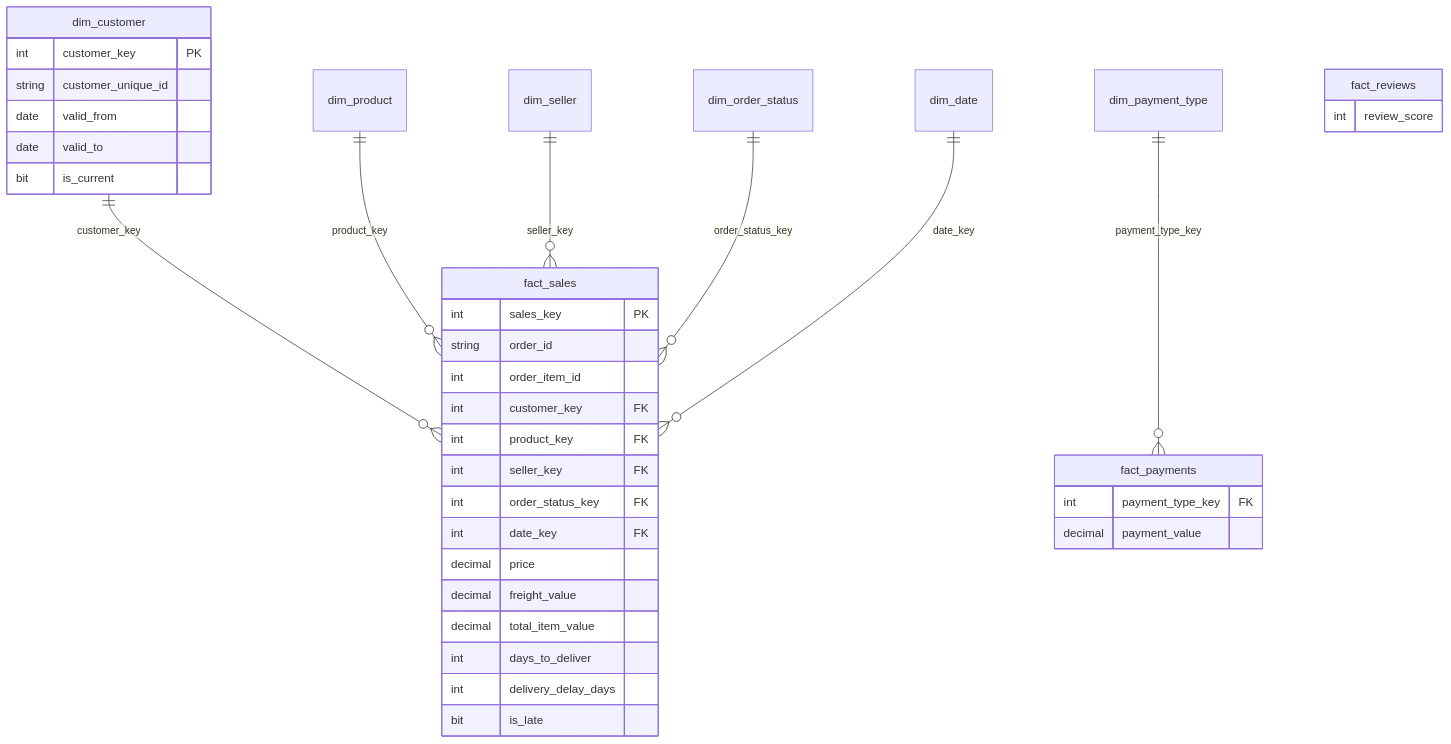
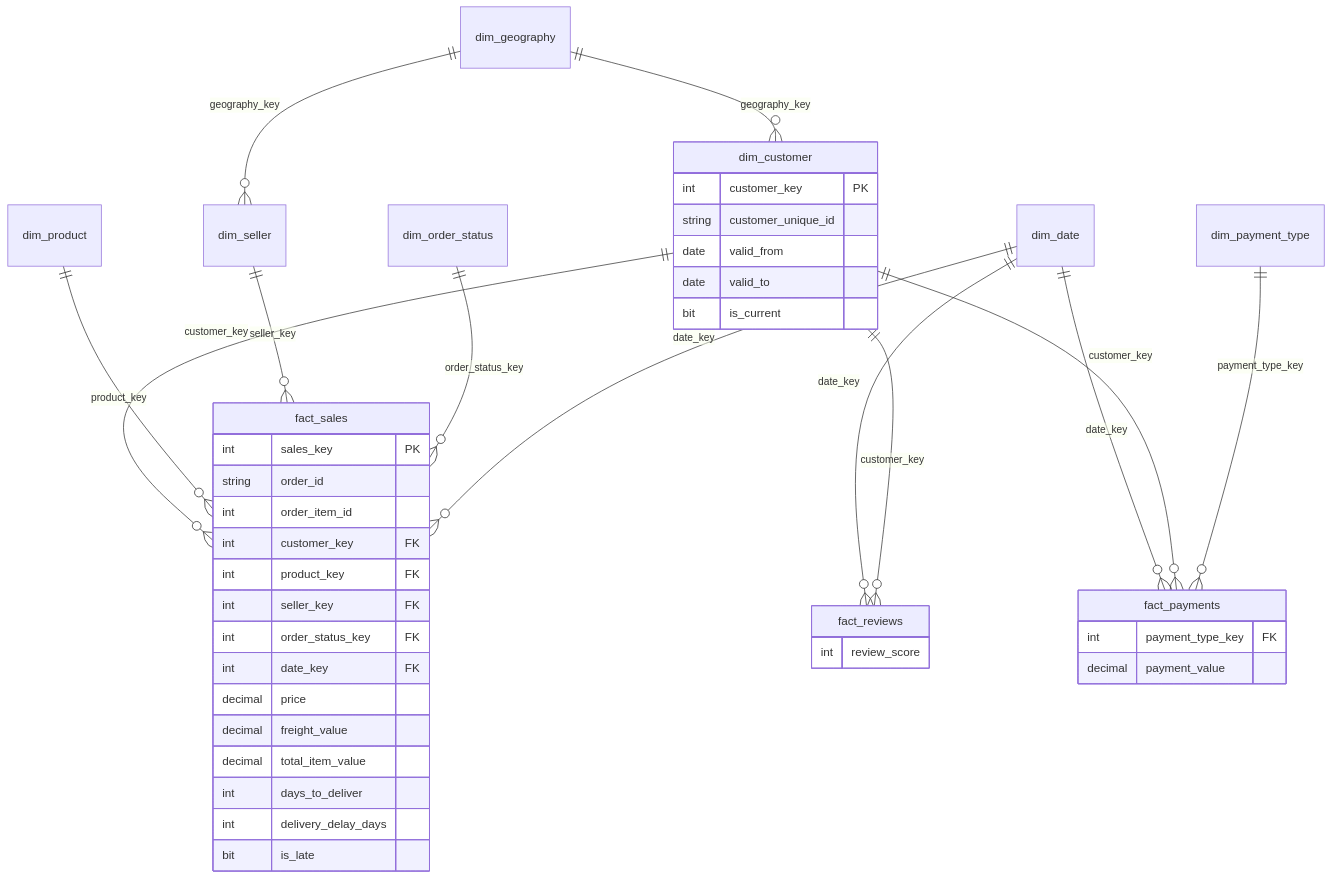
One commit to AmyG01/olist_ssis_dwh changed the third of 3 diagrams in README.md. Above: the diagram before and after it, drawn with Mermaid. The commit also changed 2 other files, not shown here.

Commit message:
add data dictionary

````diff
--- a/README.md
+++ b/README.md
@@ -82,40 +82,46 @@
 ```mermaid
 erDiagram
     dim_customer ||--o{ fact_sales : customer_key
     dim_product ||--o{ fact_sales : product_key
     dim_seller ||--o{ fact_sales : seller_key
     dim_order_status ||--o{ fact_sales : order_status_key
     dim_date ||--o{ fact_sales : date_key
+    dim_date ||--o{ fact_payments : date_key
+    dim_customer ||--o{ fact_payments : customer_key
     dim_payment_type ||--o{ fact_payments : payment_type_key
+    dim_date ||--o{ fact_reviews : date_key
+    dim_customer ||--o{ fact_reviews : customer_key
+    dim_geography ||--o{ dim_customer : geography_key
+    dim_geography ||--o{ dim_seller : geography_key
 
     fact_sales {
         int sales_key PK
         string order_id
         int order_item_id
         int customer_key FK
         int product_key FK
         int seller_key FK
         int order_status_key FK
         int date_key FK
         decimal price
         decimal freight_value
         decimal total_item_value
         int days_to_deliver
         int delivery_delay_days
         bit is_late
     }
     fact_payments {
         int payment_type_key FK
         decimal payment_value
     }
     fact_reviews {
         int review_score
     }
     dim_customer {
         int customer_key PK
         string customer_unique_id
         date valid_from
         date valid_to
         bit is_current
     }
 ```
````
